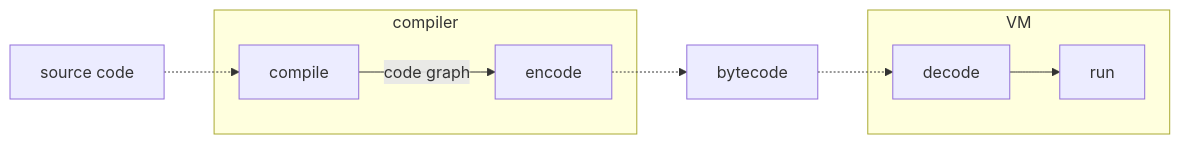
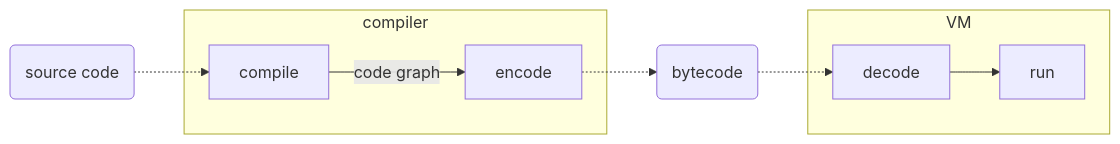
Before and after one commit to raviqqe/doc: the diagram in slides/papers/stak-scheme/encode-decode.mmd, drawn with Mermaid.

```diff
--- a/slides/papers/stak-scheme/encode-decode.mmd
+++ b/slides/papers/stak-scheme/encode-decode.mmd
@@ -1,12 +1,12 @@
 flowchart LR
-  s[source code] -.-> compile
+  d0(source code) -.-> compile
 
   subgraph compiler
     compile -- code graph --> encode
   end
 
-  encode -.-> bytecode -.-> decode
+  encode -.-> d1(bytecode) -.-> decode
 
   subgraph vm[VM]
     decode --> run
   end
```
